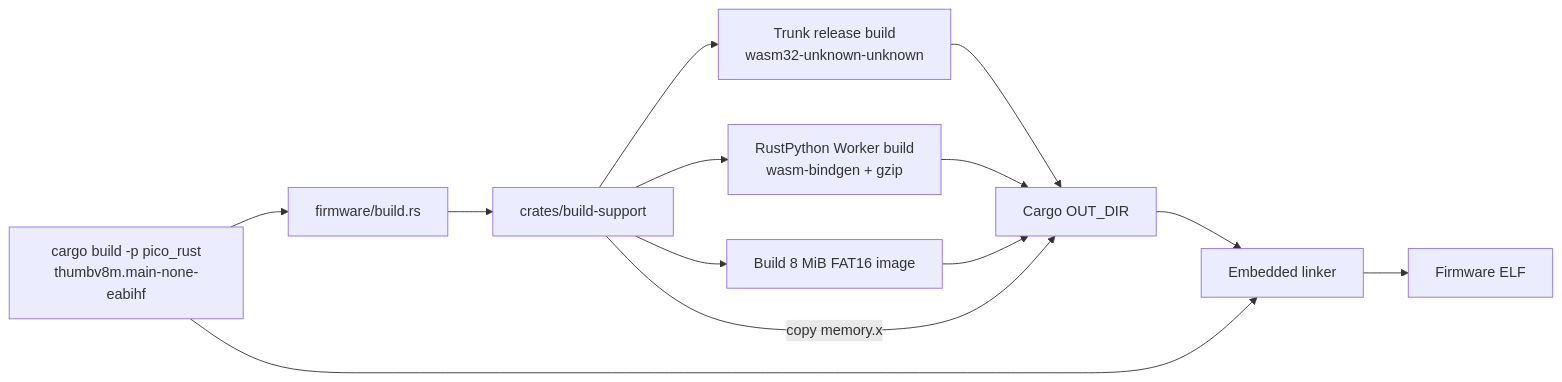
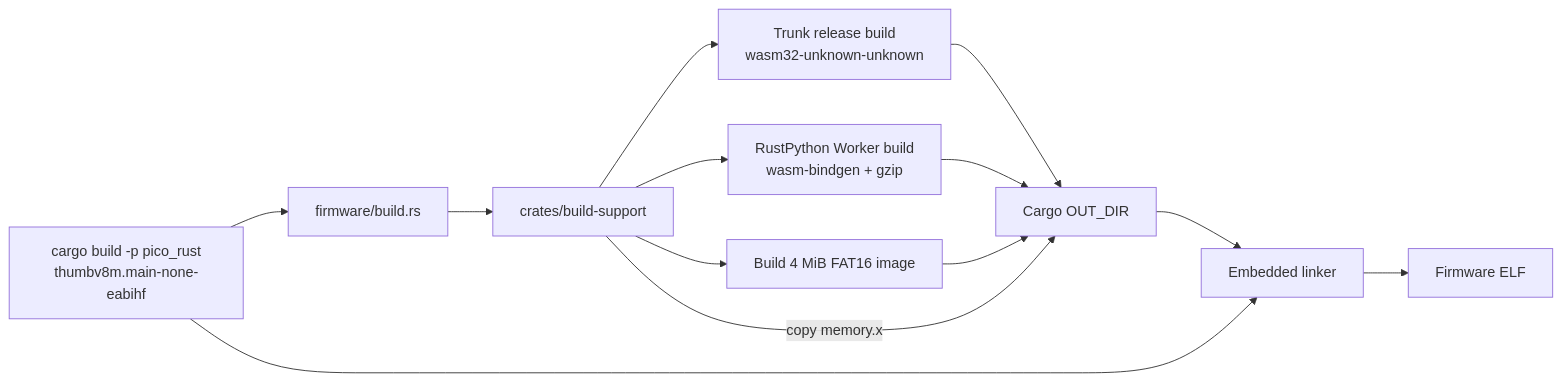
Before and after one commit to mapf0000/pico_plus_2w_blinky: the third of 9 diagrams in docs/ARCHITECTURE.md, drawn with Mermaid. The commit also changed other lines of this file and 19 other files, not shown here.

````diff
--- a/docs/ARCHITECTURE.md
+++ b/docs/ARCHITECTURE.md
@@ -114,20 +114,20 @@
 ```mermaid
 flowchart LR
     Cargo["cargo build -p pico_rust<br/>thumbv8m.main-none-eabihf"]
     BuildRS[firmware/build.rs]
     Support[crates/build-support]
     Trunk["Trunk release build<br/>wasm32-unknown-unknown"]
     Python["RustPython Worker build<br/>wasm-bindgen + gzip"]
-    MSC[Build 8 MiB FAT16 image]
+    MSC[Build 4 MiB FAT16 image]
     Out[Cargo OUT_DIR]
     Link[Embedded linker]
     ELF[Firmware ELF]
 
     Cargo --> BuildRS --> Support
     Support --> Trunk --> Out
     Support --> Python --> Out
     Support --> MSC --> Out
     Support -->|copy memory.x| Out
     Out --> Link
     Cargo --> Link --> ELF
 ```
````
